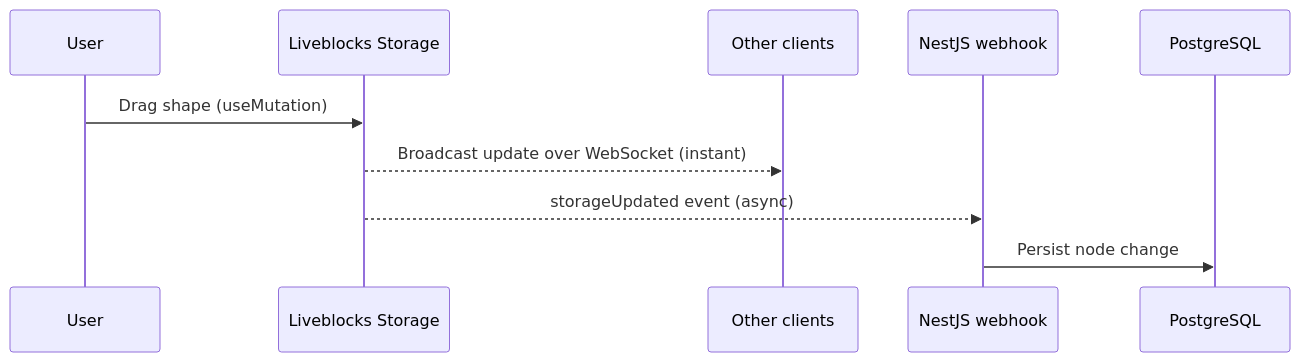
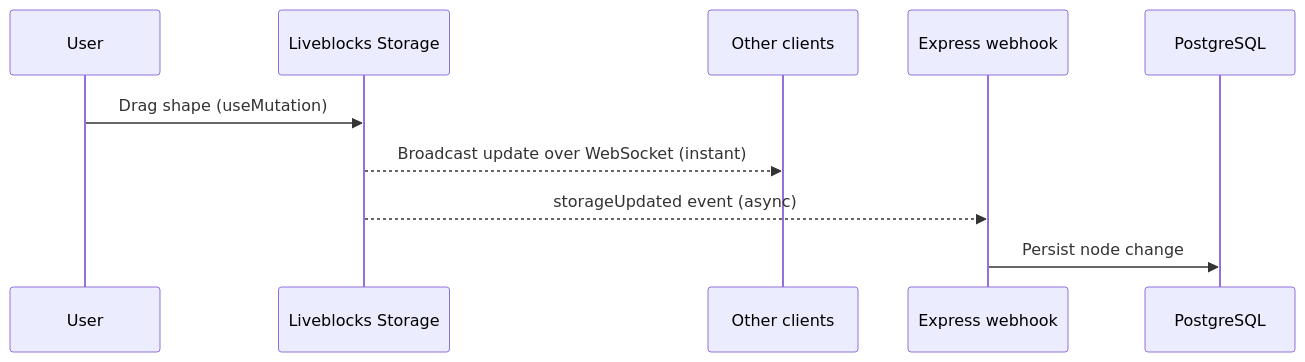
The second of 2 diagrams in README.md (Harshith917/Craftboard), drawn with Mermaid before and after one commit. The commit also changed other lines of this file and 248 other files, not shown here.

Commit message:
chore: remove Next.js and NestJS stack; keep React (Vite) + Express; update README

````diff
--- a/README.md
+++ b/README.md
@@ -82,13 +77,13 @@
 ```mermaid
 sequenceDiagram
     participant U as User
     participant LB as Liveblocks Storage
     participant OC as Other clients
-    participant WH as NestJS webhook
+    participant WH as Express webhook
     participant DB as PostgreSQL
 
     U->>LB: Drag shape (useMutation)
     LB-->>OC: Broadcast update over WebSocket (instant)
     LB-->>WH: storageUpdated event (async)
     WH->>DB: Persist node change
 ```
````
